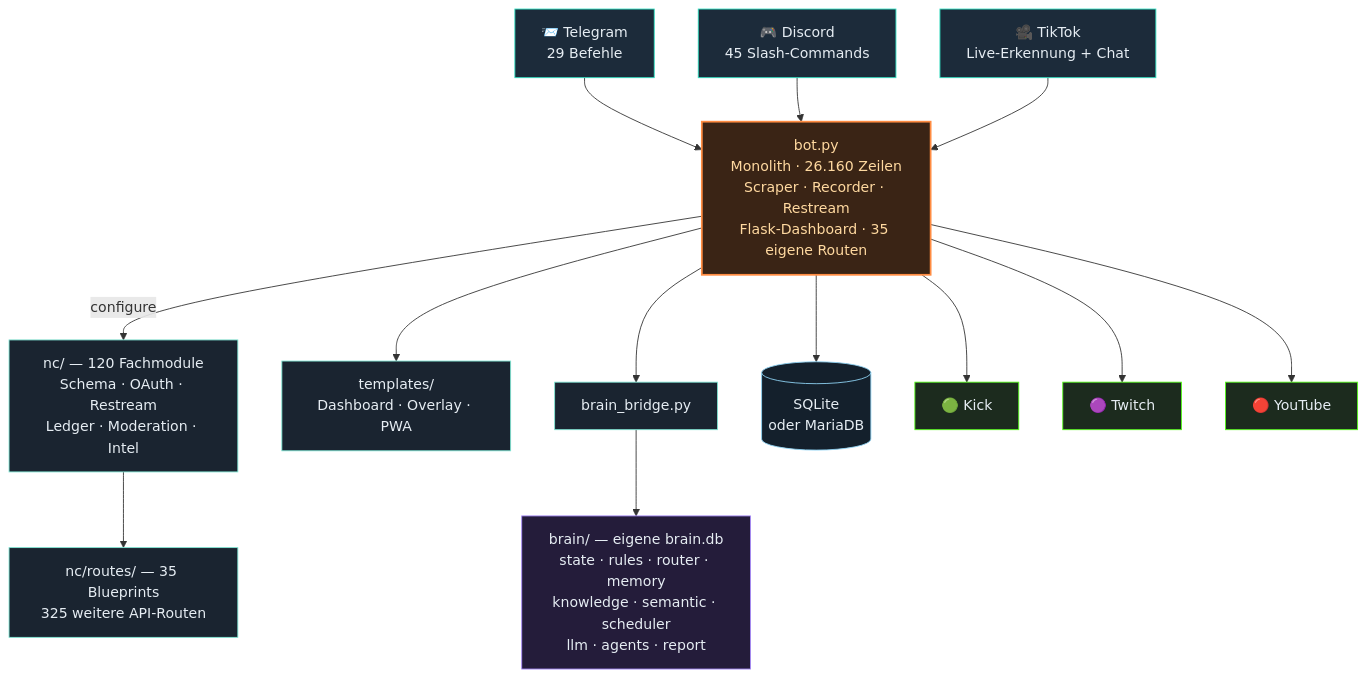
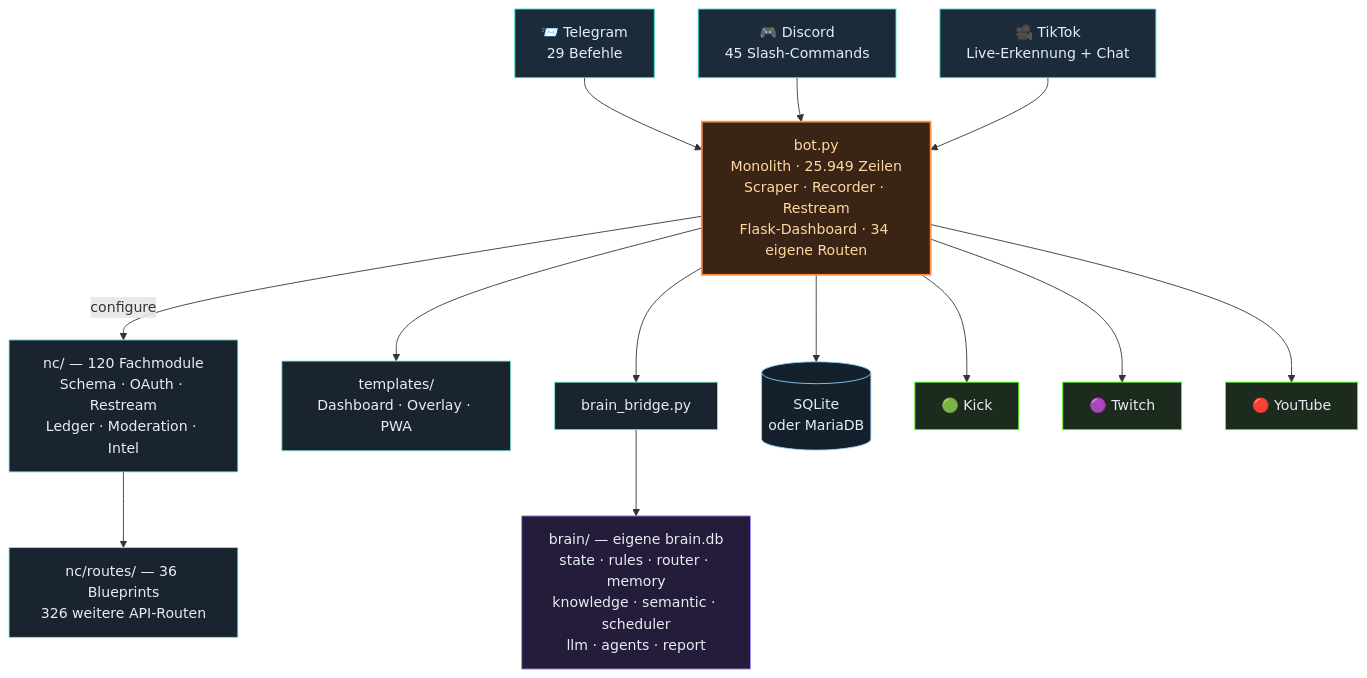
Before and after one commit to itsamemedev/Telegram-Stream-Info-Bot: the third of 4 diagrams in README.md, drawn with Mermaid. The commit also changed other lines of this file and 9 other files, not shown here.

````diff
--- a/README.md
+++ b/README.md
@@ -189,30 +189,30 @@
 ```mermaid
 flowchart TB
     TG["📨 Telegram<br/>29 Befehle"]:::ein
     DC["🎮 Discord<br/>45 Slash-Commands"]:::ein
     TT["🎥 TikTok<br/>Live-Erkennung + Chat"]:::ein
 
     TG --> BOT
     DC --> BOT
     TT --> BOT
 
-    BOT["bot.py<br/>Monolith · 26.160 Zeilen<br/>Scraper · Recorder · Restream<br/>Flask-Dashboard · 35 eigene Routen"]:::core
+    BOT["bot.py<br/>Monolith · 25.949 Zeilen<br/>Scraper · Recorder · Restream<br/>Flask-Dashboard · 34 eigene Routen"]:::core
 
     BOT -->|configure| NC["nc/ — 120 Fachmodule<br/>Schema · OAuth · Restream<br/>Ledger · Moderation · Intel"]:::lib
-    NC --> RT["nc/routes/ — 35 Blueprints<br/>325 weitere API-Routen"]:::lib
+    NC --> RT["nc/routes/ — 36 Blueprints<br/>326 weitere API-Routen"]:::lib
     BOT --> TPL["templates/<br/>Dashboard · Overlay · PWA"]:::lib
     BOT --> BR["brain_bridge.py"]:::lib
     BR --> BRAIN["brain/ — eigene brain.db<br/>state · rules · router · memory<br/>knowledge · semantic · scheduler<br/>llm · agents · report"]:::brain
     BOT --> DB[("SQLite<br/>oder MariaDB")]:::db
 
     BOT --> KICK["🟢 Kick"]:::out
     BOT --> TW["🟣 Twitch"]:::out
     BOT --> YT["🔴 YouTube"]:::out
 
     classDef ein fill:#1c2b3a,stroke:#2de1c2,color:#e6edf3
     classDef core fill:#3a2415,stroke:#ff8c42,stroke-width:2px,color:#ffd9a0
     classDef lib fill:#1a2430,stroke:#7fe7d4,color:#e6edf3
     classDef brain fill:#241c3a,stroke:#a78bfa,color:#e6edf3
     classDef db fill:#14202c,stroke:#8fd3f4,color:#e6edf3
     classDef out fill:#1c2b1e,stroke:#53fc18,color:#e6edf3
 ```
````
